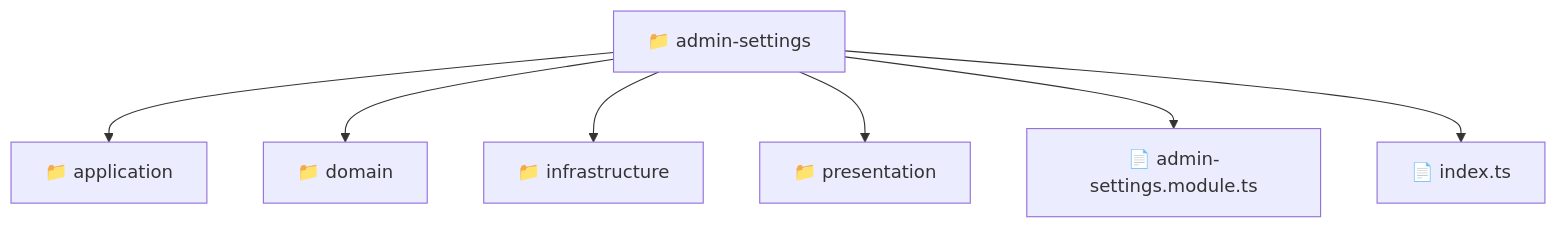
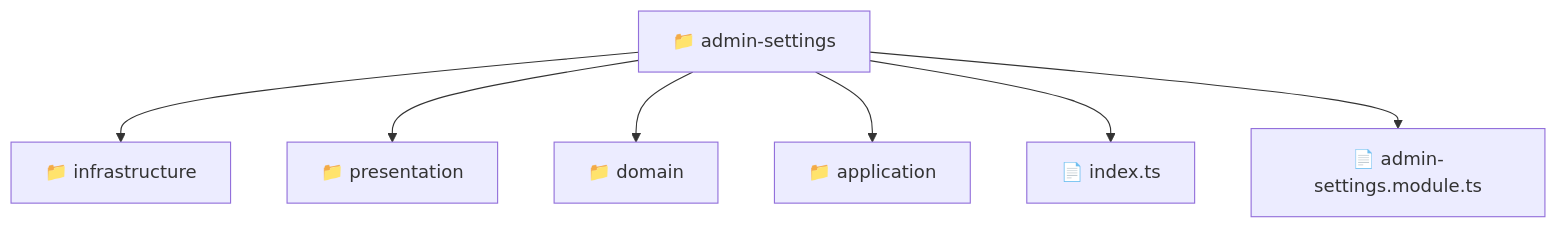
One commit to beginwebdev2002/fullstack-mavluda changed the diagram in backend/src/modules/admin-settings/README.md. Above: the diagram before and after it, drawn with Mermaid. The commit also changed other lines of this file and 157 other files, not shown here.

````diff
--- a/backend/src/modules/admin-settings/README.md
+++ b/backend/src/modules/admin-settings/README.md
@@ -9,10 +9,10 @@
 ```mermaid
 graph TD
-  Root["📁 admin-settings"]
-  Root --> application["📁 application"]
-  Root --> domain["📁 domain"]
-  Root --> infrastructure["📁 infrastructure"]
-  Root --> presentation["📁 presentation"]
-  Root --> admin_settings_module_ts["📄 admin-settings.module.ts"]
-  Root --> index_ts["📄 index.ts"]
+  admin_settings["📁 admin-settings"]
+  admin_settings --> infrastructure["📁 infrastructure"]
+  admin_settings --> presentation["📁 presentation"]
+  admin_settings --> domain["📁 domain"]
+  admin_settings --> application["📁 application"]
+  admin_settings --> index_ts["📄 index.ts"]
+  admin_settings --> admin_settings_module_ts["📄 admin-settings.module.ts"]
 ```
````
